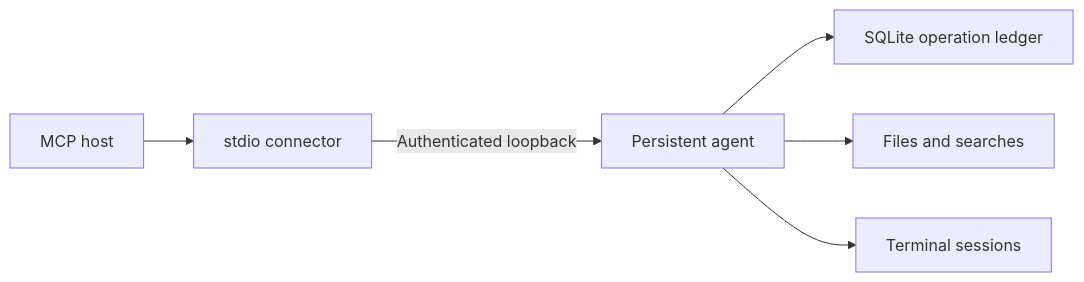
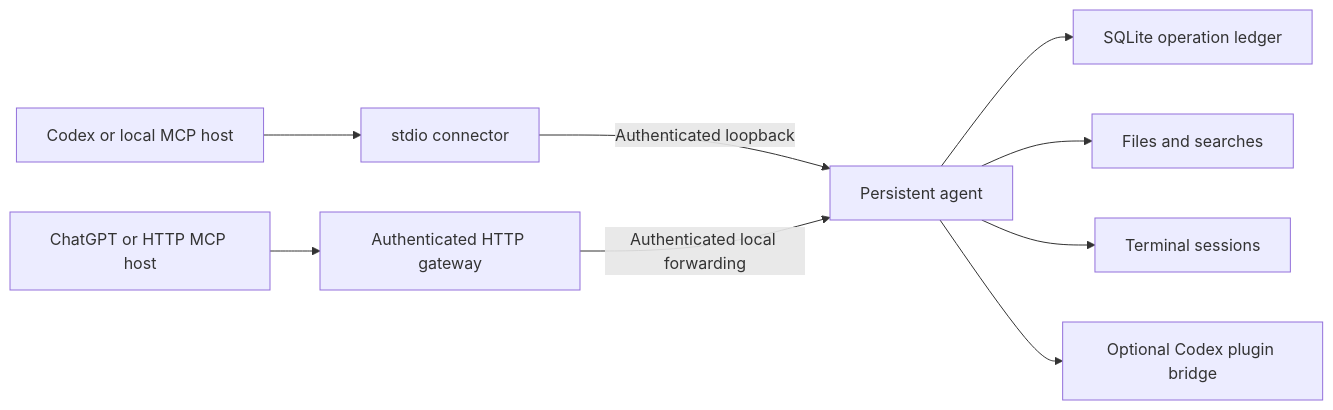
Before and after one commit to meteosimaji/anywhere-computer: the diagram in docs/ARCHITECTURE.md, drawn with Mermaid. The commit also changed other lines of this file and 62 other files, not shown here.

````diff
--- a/docs/ARCHITECTURE.md
+++ b/docs/ARCHITECTURE.md
@@ -8,8 +10,11 @@
 ```mermaid
 flowchart LR
-  Host[MCP host] --> Connector[stdio connector]
+  Codex[Codex or local MCP host] --> Connector[stdio connector]
+  Chat[ChatGPT or HTTP MCP host] --> HTTP[Authenticated HTTP gateway]
   Connector -->|Authenticated loopback| Agent[Persistent agent]
+  HTTP -->|Authenticated local forwarding| Agent
   Agent --> Ledger[SQLite operation ledger]
   Agent --> Files[Files and searches]
   Agent --> Sessions[Terminal sessions]
+  Agent --> Plugins[Optional Codex plugin bridge]
 ```
````
